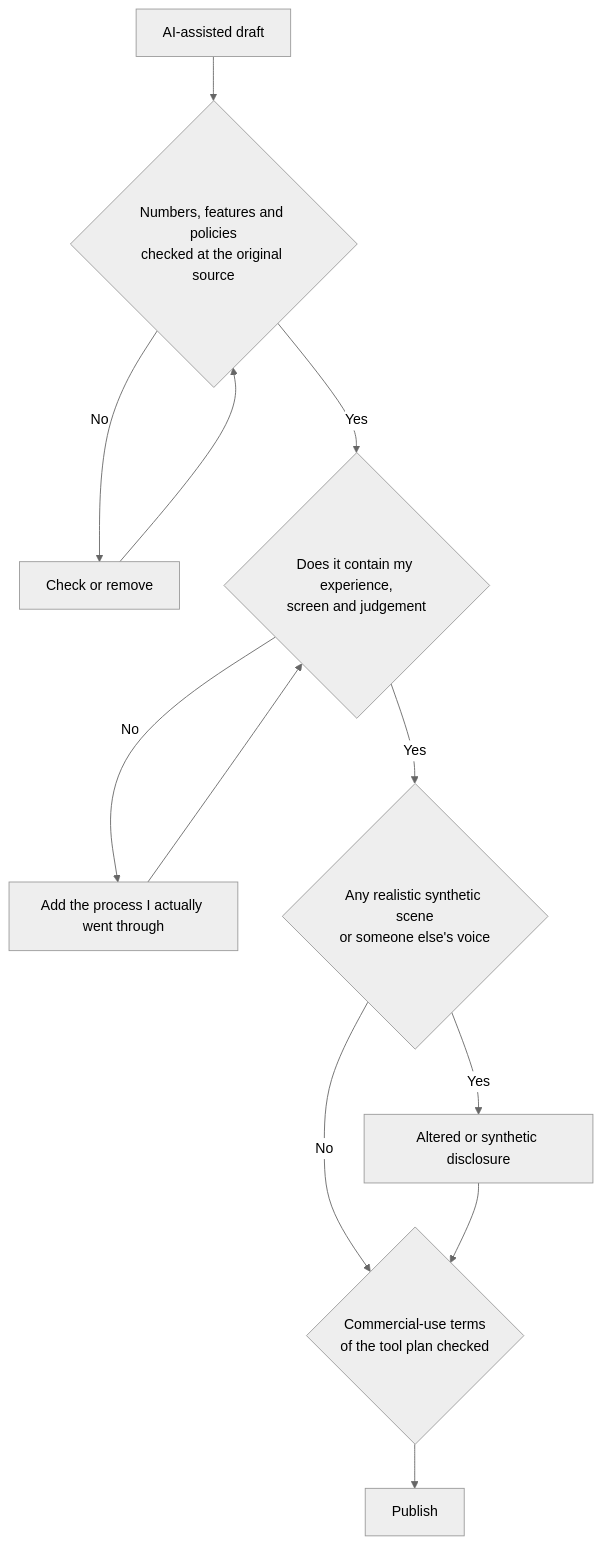
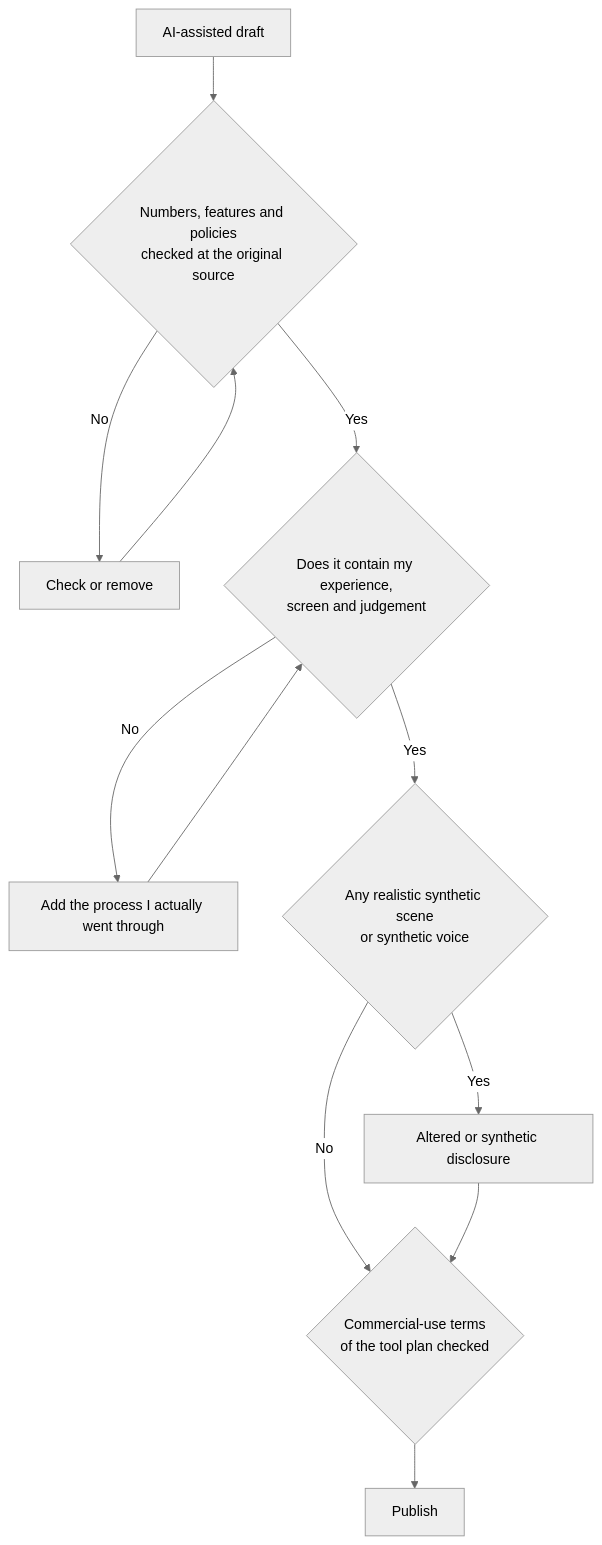
Before and after one commit to linjingzhu/tech-jeongsu: the diagram in content/en/creator/07-ai-production-policy.md, drawn with Mermaid (neutral theme). The commit also changed other lines of this file and 11 other files, not shown here.

First line of the commit message:
Creator 06-08: conservative synthetic-voice disclosure, YPP payout rules, AdPost withholding floor, one Shorts-view term

````diff
--- a/content/en/creator/07-ai-production-policy.md
+++ b/content/en/creator/07-ai-production-policy.md
@@ -94,14 +94,14 @@
 ```mermaid
 flowchart TD
     DRAFT[AI-assisted draft] --> FACT{Numbers, features and policies<br/>checked at the original source}
     FACT -->|No| FIX[Check or remove]
     FIX --> FACT
     FACT -->|Yes| OWN{Does it contain my experience,<br/>screen and judgement}
     OWN -->|No| ADD[Add the process I actually went through]
     ADD --> OWN
-    OWN -->|Yes| REAL{Any realistic synthetic scene<br/>or someone else's voice}
+    OWN -->|Yes| REAL{Any realistic synthetic scene<br/>or synthetic voice}
     REAL -->|Yes| LABEL[Altered or synthetic disclosure]
     REAL -->|No| LIC
     LABEL --> LIC{Commercial-use terms<br/>of the tool plan checked}
     LIC --> PUB[Publish]
 ```
````
